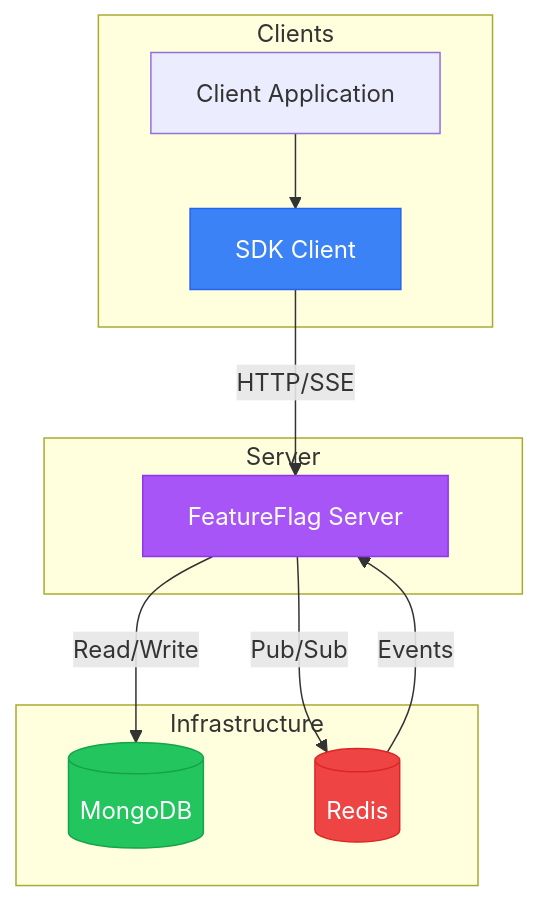
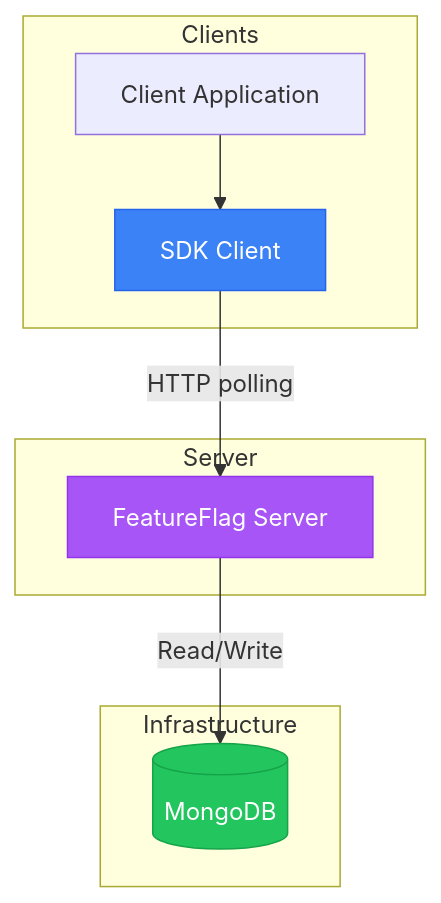
One commit to IsaacDSC/featureflag changed the diagram in docs/ARCH.md. Above: the diagram before and after it, drawn with Mermaid. The commit also changed other lines of this file and 26 other files, not shown here.

First line of the commit message:
refactor: remove SSE and Redis, use SDK polling only

````diff
--- a/docs/ARCH.md
+++ b/docs/ARCH.md
@@ -5,27 +5,23 @@
 ```mermaid
 graph TB
     subgraph Clients
         SDK[SDK Client]
         APP[Client Application]
     end
 
     subgraph Server
         API[FeatureFlag Server]
     end
 
     subgraph Infrastructure
         MONGO[(MongoDB)]
-        REDIS[(Redis)]
     end
 
     APP --> SDK
-    SDK -->|HTTP/SSE| API
+    SDK -->|HTTP polling| API
     API -->|Read/Write| MONGO
-    API -->|Pub/Sub| REDIS
-    REDIS -->|Events| API
 
     style MONGO fill:#22c55e,stroke:#16a34a,color:#fff
-    style REDIS fill:#ef4444,stroke:#dc2626,color:#fff
     style SDK fill:#3b82f6,stroke:#2563eb,color:#fff
     style API fill:#a855f7,stroke:#9333ea,color:#fff
 ```
````
